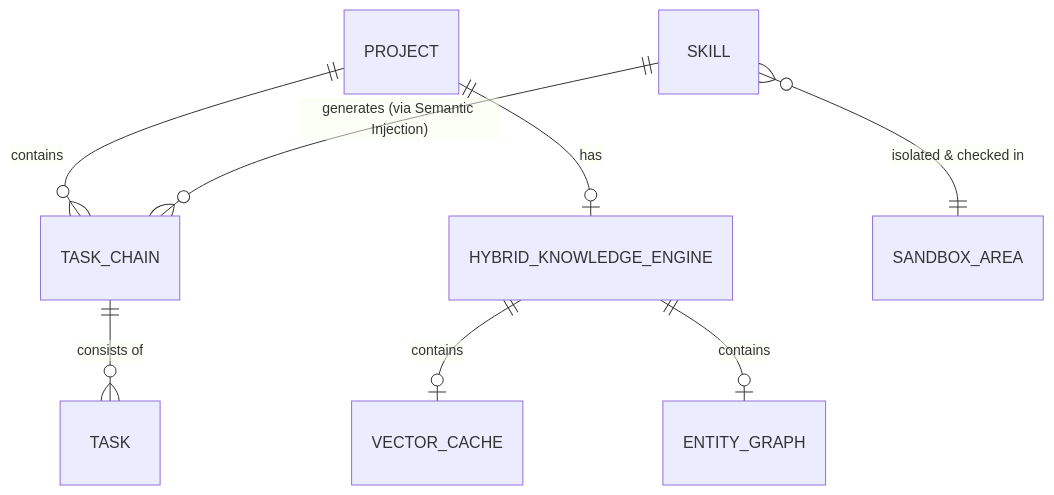
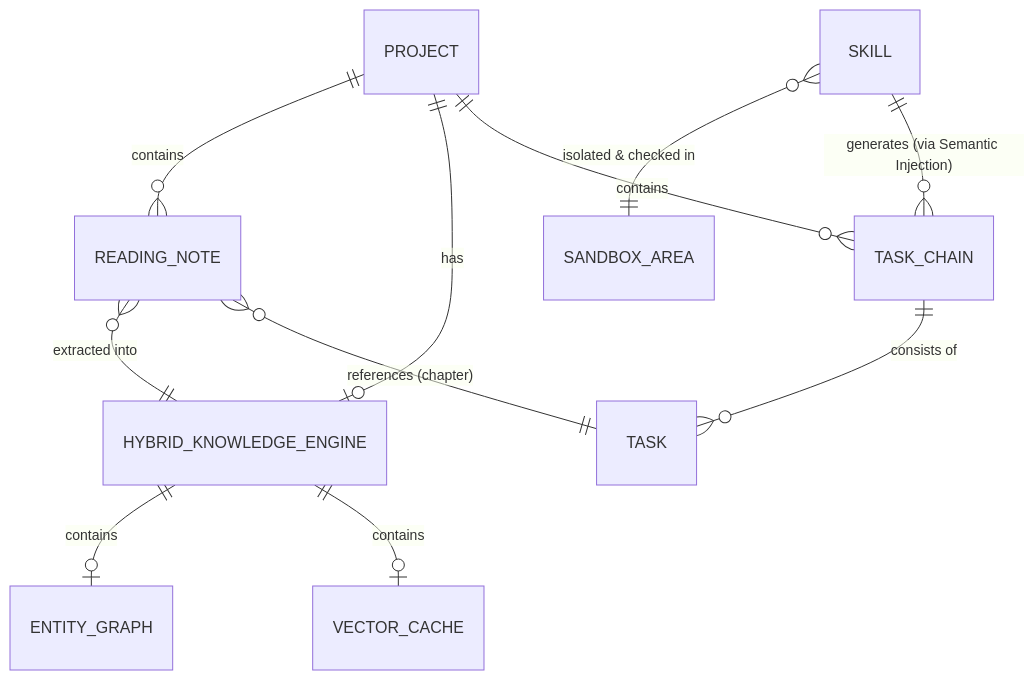
Before and after one commit to shanglihong/i-have-a-plan: the diagram in docs/03_business_modeling/business_model.md, drawn with Mermaid. The commit also changed other lines of this file and 7 other files, not shown here.

````diff
--- a/docs/03_business_modeling/business_model.md
+++ b/docs/03_business_modeling/business_model.md
@@ -70,10 +75,13 @@
 ```mermaid
 erDiagram
     PROJECT ||--o{ TASK_CHAIN : "contains"
     PROJECT ||--o| HYBRID_KNOWLEDGE_ENGINE : "has"
+    PROJECT ||--o{ READING_NOTE : "contains"
     TASK_CHAIN ||--o{ TASK : "consists of"
+    READING_NOTE }o--|| TASK : "references (chapter)"
+    READING_NOTE }o--|| HYBRID_KNOWLEDGE_ENGINE : "extracted into"
     SKILL ||--o{ TASK_CHAIN : "generates (via Semantic Injection)"
     SKILL }o--|| SANDBOX_AREA : "isolated & checked in"
     HYBRID_KNOWLEDGE_ENGINE ||--o| VECTOR_CACHE : "contains"
     HYBRID_KNOWLEDGE_ENGINE ||--o| ENTITY_GRAPH : "contains"
 ```
````
